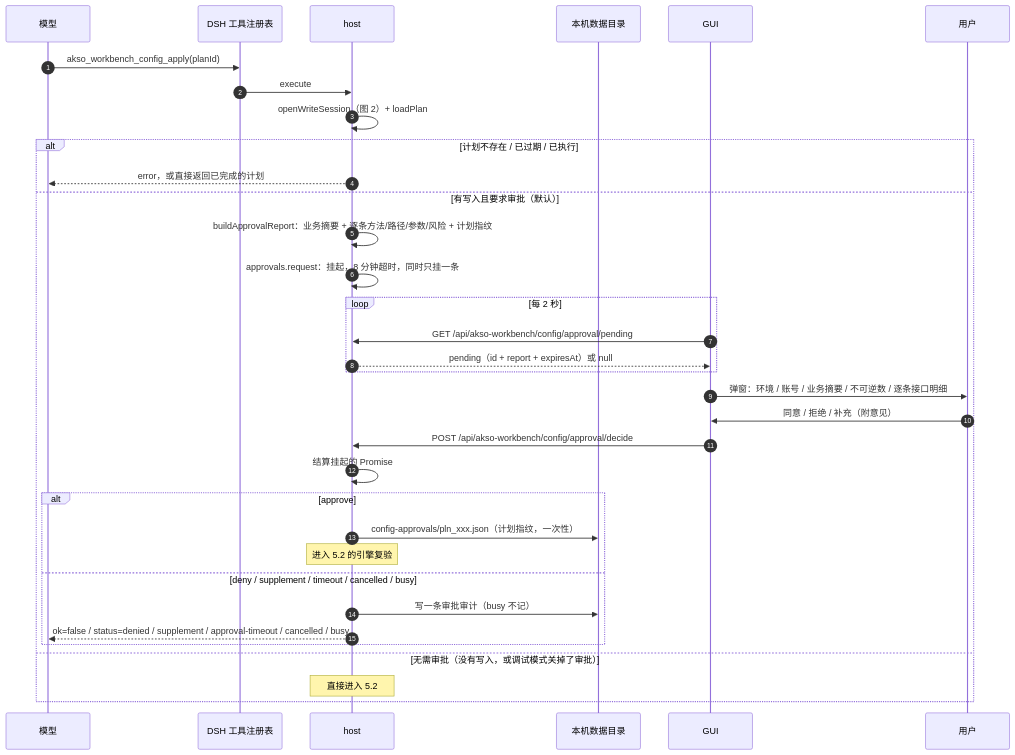
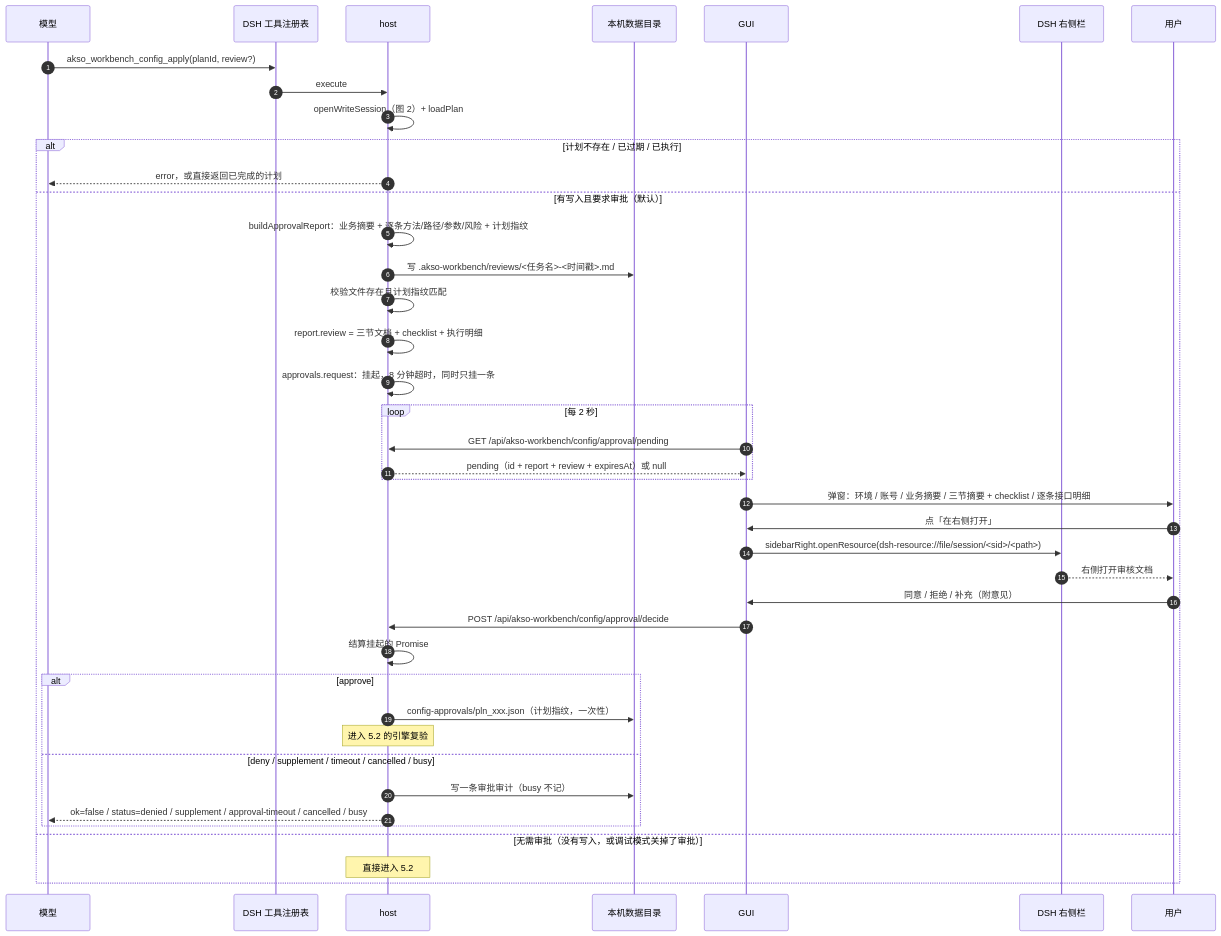
Before and after one commit to jizi-dragon/akso-workbench: the fifth of 8 diagrams in docs/knowledge/agent调用时序.md, drawn with Mermaid. The commit also changed other lines of this file and 20 other files, not shown here.

````diff
--- a/docs/knowledge/agent调用时序.md
+++ b/docs/knowledge/agent调用时序.md
@@ -208,37 +217,44 @@
 ```mermaid
 sequenceDiagram
     autonumber
     participant A as 模型
     participant D as DSH 工具注册表
     participant H as host
     participant F as 本机数据目录
     participant G as GUI
+    participant R as DSH 右侧栏
     participant U as 用户
 
-    A->>D: akso_workbench_config_apply(planId)
+    A->>D: akso_workbench_config_apply(planId, review?)
     D->>H: execute
     H->>H: openWriteSession（图 2）+ loadPlan
     alt 计划不存在 / 已过期 / 已执行
         H-->>A: error，或直接返回已完成的计划
     else 有写入且要求审批（默认）
         H->>H: buildApprovalReport：业务摘要 + 逐条方法/路径/参数/风险 + 计划指纹
+        H->>F: 写 .akso-workbench/reviews/<任务名>-<时间戳>.md
+        H->>H: 校验文件存在且计划指纹匹配
+        H->>H: report.review = 三节文档 + checklist + 执行明细
         H->>H: approvals.request：挂起，8 分钟超时，同时只挂一条
         loop 每 2 秒
             G->>H: GET /api/akso-workbench/config/approval/pending
-            H-->>G: pending（id + report + expiresAt）或 null
+            H-->>G: pending（id + report + review + expiresAt）或 null
         end
-        G->>U: 弹窗：环境 / 账号 / 业务摘要 / 不可逆数 / 逐条接口明细
+        G->>U: 弹窗：环境 / 账号 / 业务摘要 / 三节摘要 + checklist / 逐条接口明细
+        U->>G: 点「在右侧打开」
+        G->>R: sidebarRight.openResource(dsh-resource://file/session/<sid>/<path>)
+        R-->>U: 右侧打开审核文档
         U->>G: 同意 / 拒绝 / 补充（附意见）
         G->>H: POST /api/akso-workbench/config/approval/decide
         H->>H: 结算挂起的 Promise
         alt approve
             H->>F: config-approvals/pln_xxx.json（计划指纹，一次性）
             Note over H: 进入 5.2 的引擎复验
         else deny / supplement / timeout / cancelled / busy
             H->>F: 写一条审批审计（busy 不记）
             H-->>A: ok=false / status=denied / supplement / approval-timeout / cancelled / busy
         end
     else 无需审批（没有写入，或调试模式关掉了审批）
         Note over H: 直接进入 5.2
     end
 ```
````
